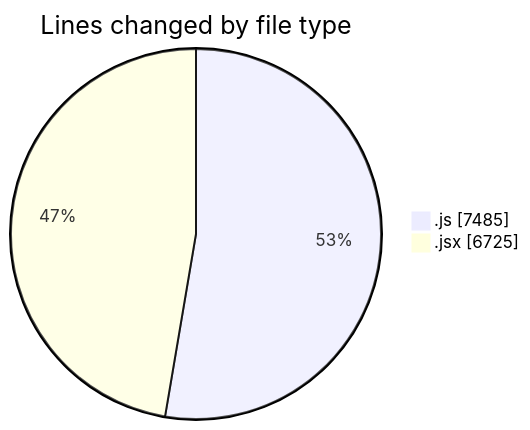
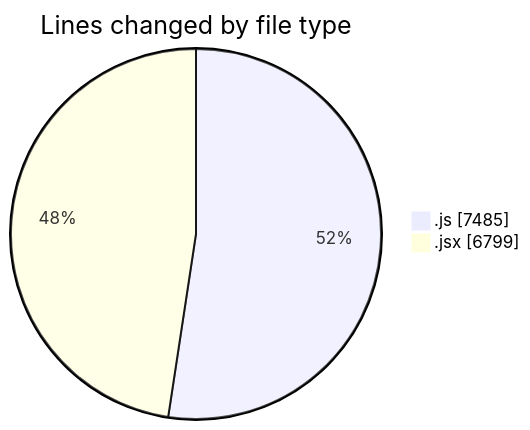
Before and after one commit to nxtqubesakshisongat/code-tracking: the first of 2 diagrams in 2025-09-24/nxtqube_webapp/README.md, drawn with Mermaid. The commit also changed other lines of this file and 1 other file, not shown here.

````diff
--- a/2025-09-24/nxtqube_webapp/README.md
+++ b/2025-09-24/nxtqube_webapp/README.md
@@ -23,6 +23,6 @@
 ```mermaid
 pie showData
 title Lines changed by file type
 ".js" : 7485
-".jsx" : 6725
+".jsx" : 6799
 ```
````
